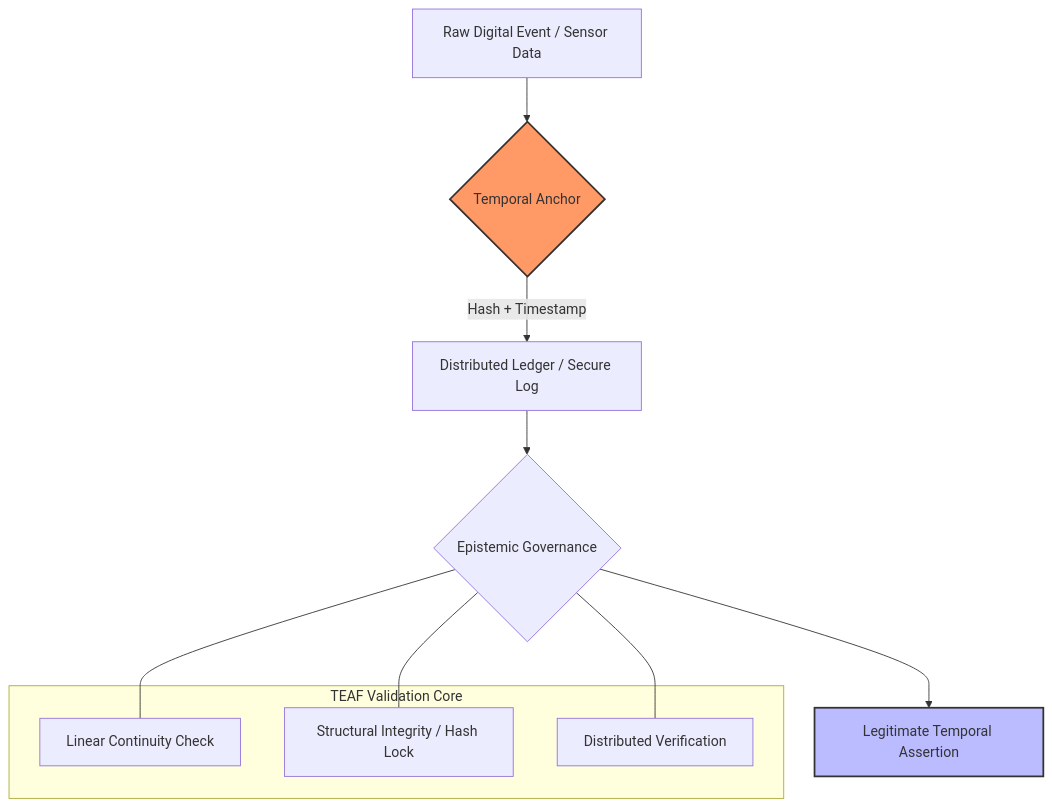
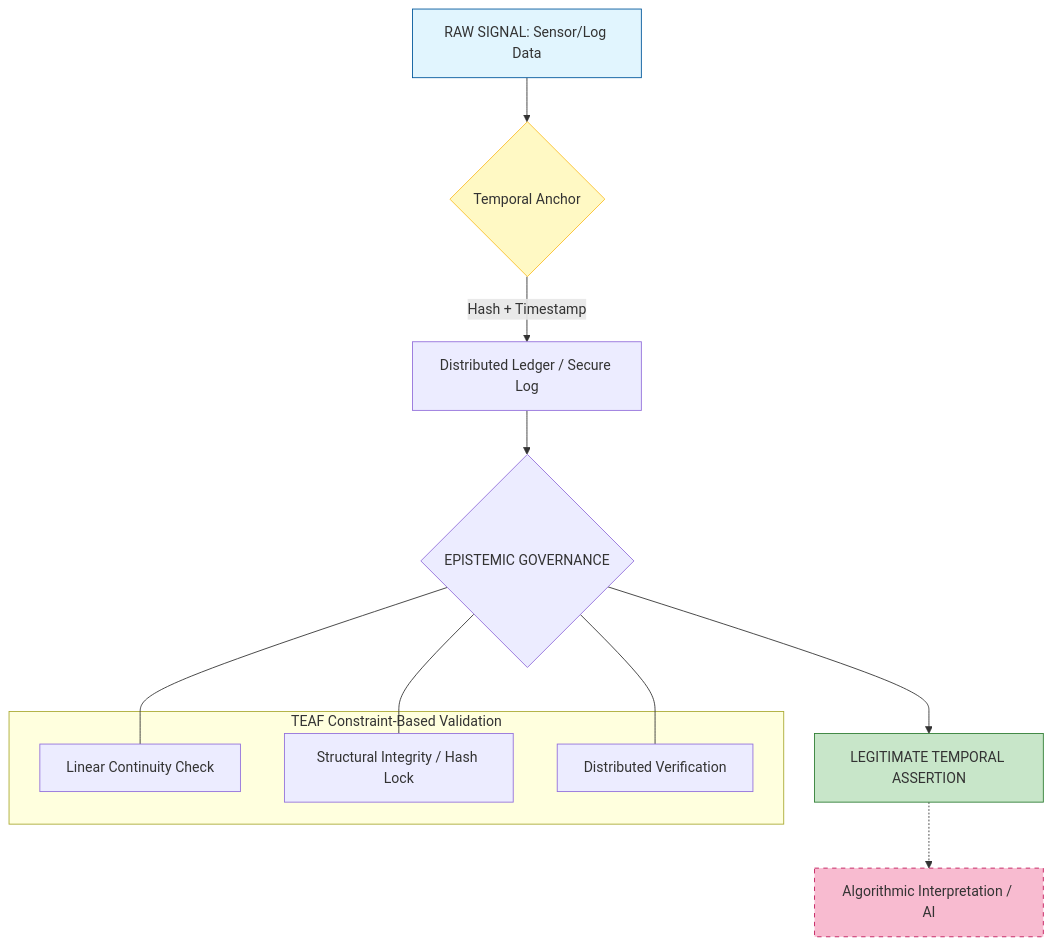
Before and after one commit to AngelDesire23/Temporal-Event-Assertion-Framework: the diagram in README.md, drawn with Mermaid.

````diff
--- a/README.md
+++ b/README.md
@@ -22,21 +22,28 @@
 ```mermaid
 graph TD
-    Data[Raw Digital Event / Sensor Data] --> Anchor{Temporal Anchor}
+    %% Layer 1: The Input
+    Signal[RAW SIGNAL: Sensor/Log Data] --> Anchor{Temporal Anchor}
+    
+    %% Layer 2: The Assertion Core
     Anchor -->|Hash + Timestamp| Chain[Distributed Ledger / Secure Log]
-    Chain --> Governance{Epistemic Governance}
+    Chain --> Governance{EPISTEMIC GOVERNANCE}
     
-    subgraph "TEAF Validation Core"
+    subgraph "TEAF Constraint-Based Validation"
     V1[Linear Continuity Check]
     V2[Structural Integrity / Hash Lock]
     V3[Distributed Verification]
     end
     
     Governance --- V1
     Governance --- V2
     Governance --- V3
     
-    Governance --> Result[Legitimate Temporal Assertion]
-    
-    style Anchor fill:#f96,stroke:#333,stroke-width:2px
-    style Result fill:#bbf,stroke:#333,stroke-width:2px
+    %% Layer 3: The Output & Separation
+    Governance --> Assertion[LEGITIMATE TEMPORAL ASSERTION]
+    Assertion -.-> Interpretation[Algorithmic Interpretation / AI]
+
+    style Signal fill:#e1f5fe,stroke:#01579b
+    style Anchor fill:#fff9c4,stroke:#fbc02d
+    style Assertion fill:#c8e6c9,stroke:#2e7d32
+    style Interpretation fill:#f8bbd0,stroke:#c2185b,stroke-dasharray: 5 5
 ```
````
